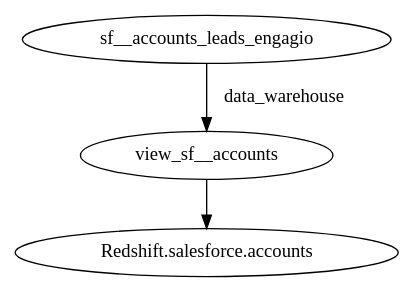
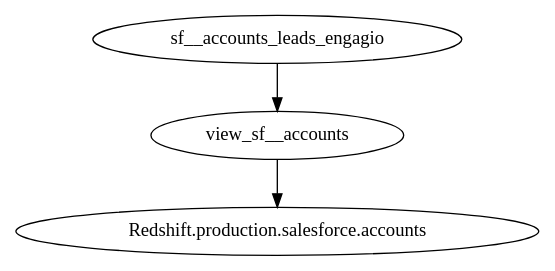
One commit to vickyjkwan/gazetteer changed the diagram in test_folder/graphs/sf__accounts_leads_engagio.gv. Above: the diagram before and after it, drawn with Graphviz. The commit also changed 22 other files, not shown here.

```diff
--- a/test_folder/graphs/sf__accounts_leads_engagio.gv
+++ b/test_folder/graphs/sf__accounts_leads_engagio.gv
@@ -1,7 +1,7 @@
 digraph sf__accounts_leads_engagio {
 	sf__accounts_leads_engagio [label=sf__accounts_leads_engagio]
 	view_sf__accounts [label=view_sf__accounts]
-	sf__accounts_leads_engagio -> view_sf__accounts [label=data_warehouse]
-	"Redshift.salesforce.accounts" [label="Redshift.salesforce.accounts"]
-	view_sf__accounts -> "Redshift.salesforce.accounts"
+	sf__accounts_leads_engagio -> view_sf__accounts [label=""]
+	"Redshift.production.salesforce.accounts" [label="Redshift.production.salesforce.accounts"]
+	view_sf__accounts -> "Redshift.production.salesforce.accounts"
 }
```
